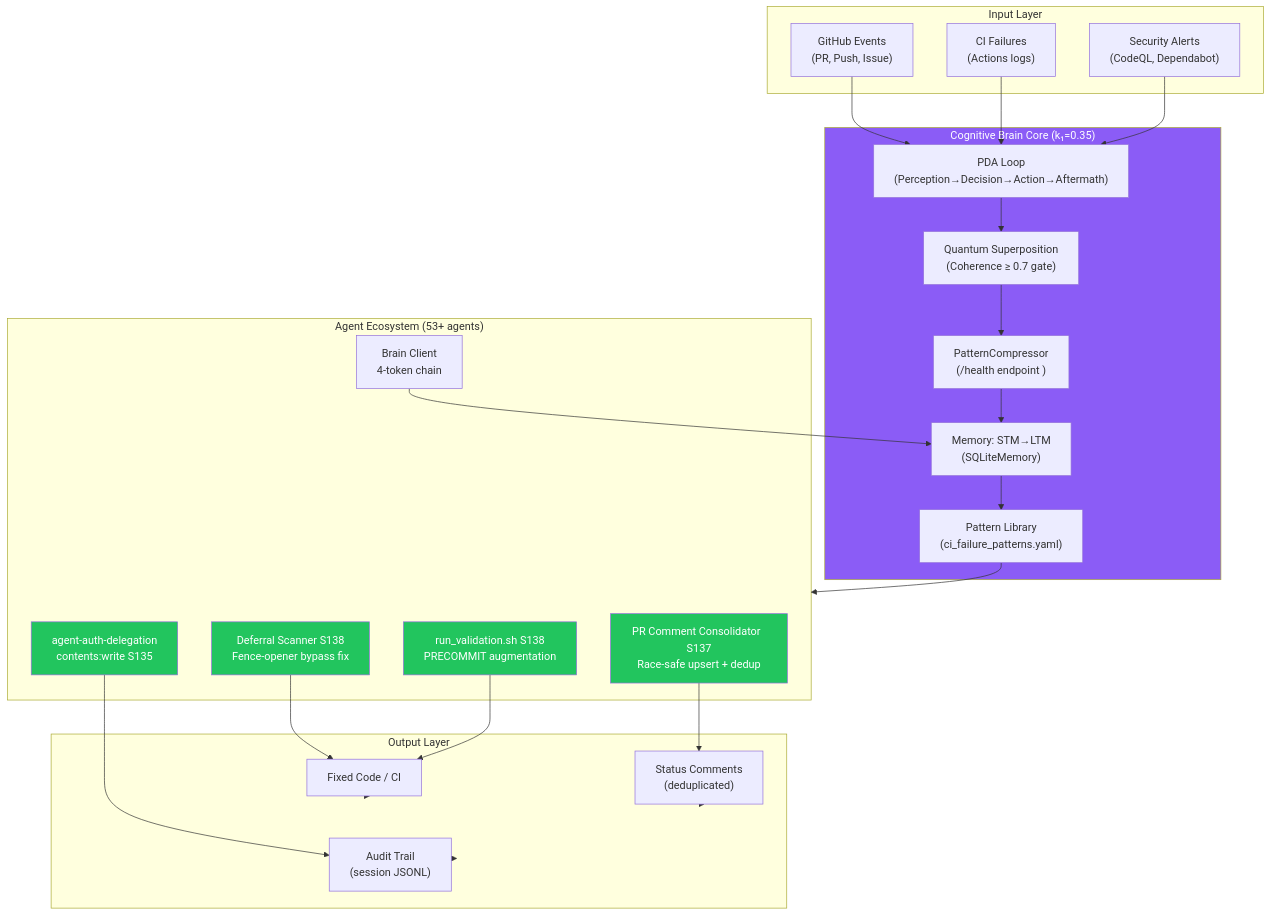
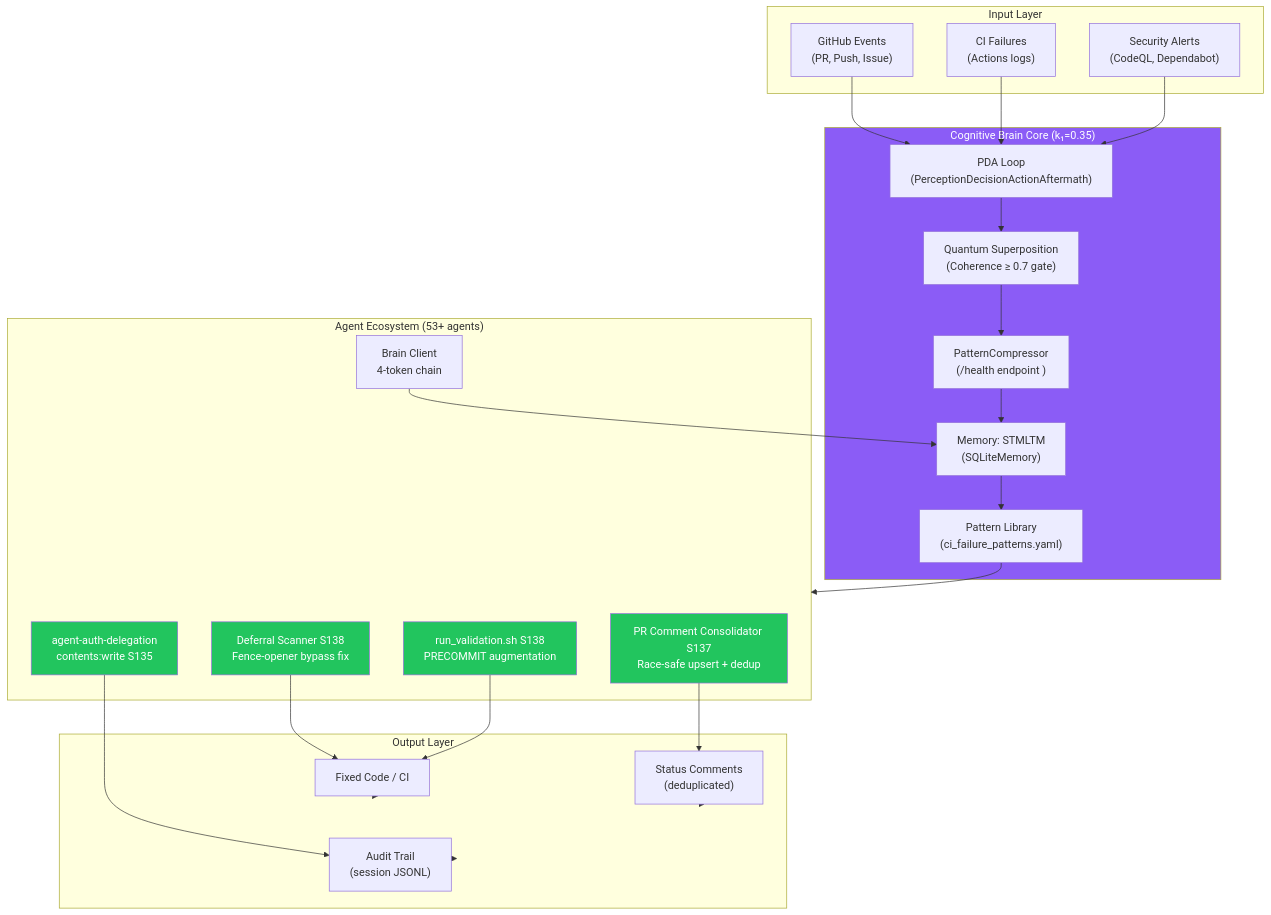
Before and after one commit to Aries-Serpent/_codex_: the third of 4 diagrams in docs/cognitive_brain/status/COGNITIVE_BRAIN_STATUS_PR3607.md, drawn with Mermaid. The commit also changed other lines of this file and 4117 other files, not shown here.

````diff
--- a/docs/cognitive_brain/status/COGNITIVE_BRAIN_STATUS_PR3607.md
+++ b/docs/cognitive_brain/status/COGNITIVE_BRAIN_STATUS_PR3607.md
@@ -103,54 +119,70 @@
 ```mermaid
 %%{init: {'accessibility': {'title': 'Diagram showing "Input Layer", "GitHub Events\n(PR, Push, Issue)"'}}%%
+
 graph TB
-    subgraph INPUT["Input Layer"]
-        GH["GitHub Events\n(PR, Push, Issue)"]
-        CI["CI Failures\n(Actions logs)"]
-        SEC["Security Alerts\n(CodeQL, Dependabot)"]
-    end
+ subgraph INPUT["Input Layer"]
+ GH["GitHub Events\n(PR, Push, Issue)"]
+ CI["CI Failures\n(Actions logs)"]
+ SEC["Security Alerts\n(CodeQL, Dependabot)"]
+ end
 
-    subgraph CB["Cognitive Brain Core (k₁=0.35)"]
-        PDA["PDA Loop\n(Perception→Decision→Action→Aftermath)"]
-        QS["Quantum Superposition\n(Coherence ≥ 0.7 gate)"]
-        PC["PatternCompressor\n(/health endpoint )"]
-        MEM["Memory: STM→LTM\n(SQLiteMemory)"]
-        PAT["Pattern Library\n(ci_failure_patterns.yaml)"]
-    end
+ subgraph CB["Cognitive Brain Core (k₁=0.35)"]
+ PDA["PDA Loop\n(PerceptionDecisionActionAftermath)"]
+ QS["Quantum Superposition\n(Coherence ≥ 0.7 gate)"]
+ PC["PatternCompressor\n(/health endpoint )"]
+ MEM["Memory: STMLTM\n(SQLiteMemory)"]
+ PAT["Pattern Library\n(ci_failure_patterns.yaml)"]
+ end
 
-    subgraph AGENTS["Agent Ecosystem (53+ agents)"]
-        DSCN["Deferral Scanner  S138\nFence-opener bypass fix"]
-        CMNT["PR Comment Consolidator  S137\nRace-safe upsert + dedup"]
-        RVAL["run_validation.sh  S138\nPRECOMMIT augmentation"]
-        AUTH["agent-auth-delegation\ncontents:write  S135"]
-        BRAI["Brain Client\n4-token chain"]
-    end
+ subgraph AGENTS["Agent Ecosystem (53+ agents)"]
+ DSCN["Deferral Scanner S138\nFence-opener bypass fix"]
+ CMNT["PR Comment Consolidator S137\nRace-safe upsert + dedup"]
+ RVAL["run_validation.sh S138\nPRECOMMIT augmentation"]
+ AUTH["agent-auth-delegation\ncontents:write S135"]
+ BRAI["Brain Client\n4-token chain"]
+ end
 
-    subgraph OUT["Output Layer"]
-        FIX["Fixed Code / CI"]
-        STAT["Status Comments\n(deduplicated)"]
-        LOGS["Audit Trail\n(session JSONL)"]
-    end
+ subgraph OUT["Output Layer"]
+ FIX["Fixed Code / CI"]
+ STAT["Status Comments\n(deduplicated)"]
+ LOGS["Audit Trail\n(session JSONL)"]
+ end
 
-    GH --> PDA
-    CI --> PDA
-    SEC --> PDA
-    PDA --> QS
-    QS --> PC
-    PC --> MEM
-    MEM --> PAT
-    PAT --> AGENTS
-    DSCN --> FIX
-    CMNT --> STAT
-    RVAL --> FIX
-    AUTH --> LOGS
-    BRAI --> MEM
-    FIX --> OUT
-    STAT --> OUT
-    LOGS --> OUT
+ GH --> PDA
 
-    style CB fill:#8b5cf6,color:#fff
-    style DSCN fill:#22c55e,color:#fff
-    style CMNT fill:#22c55e,color:#fff
-    style RVAL fill:#22c55e,color:#fff
-    style AUTH fill:#22c55e,color:#fff
+ CI --> PDA
+
+ SEC --> PDA
+
+ PDA --> QS
+
+ QS --> PC
+
+ PC --> MEM
+
+ MEM --> PAT
+
+ PAT --> AGENTS
+
+ DSCN --> FIX
+
+ CMNT --> STAT
+
+ RVAL --> FIX
+
+ AUTH --> LOGS
+
+ BRAI --> MEM
+
+ FIX --> OUT
+
+ STAT --> OUT
+
+ LOGS --> OUT
+
+ style CB fill:#8b5cf6,color:#fff
+ style DSCN fill:#22c55e,color:#fff
+ style CMNT fill:#22c55e,color:#fff
+ style RVAL fill:#22c55e,color:#fff
+ style AUTH fill:#22c55e,color:#fff
 ```
````
